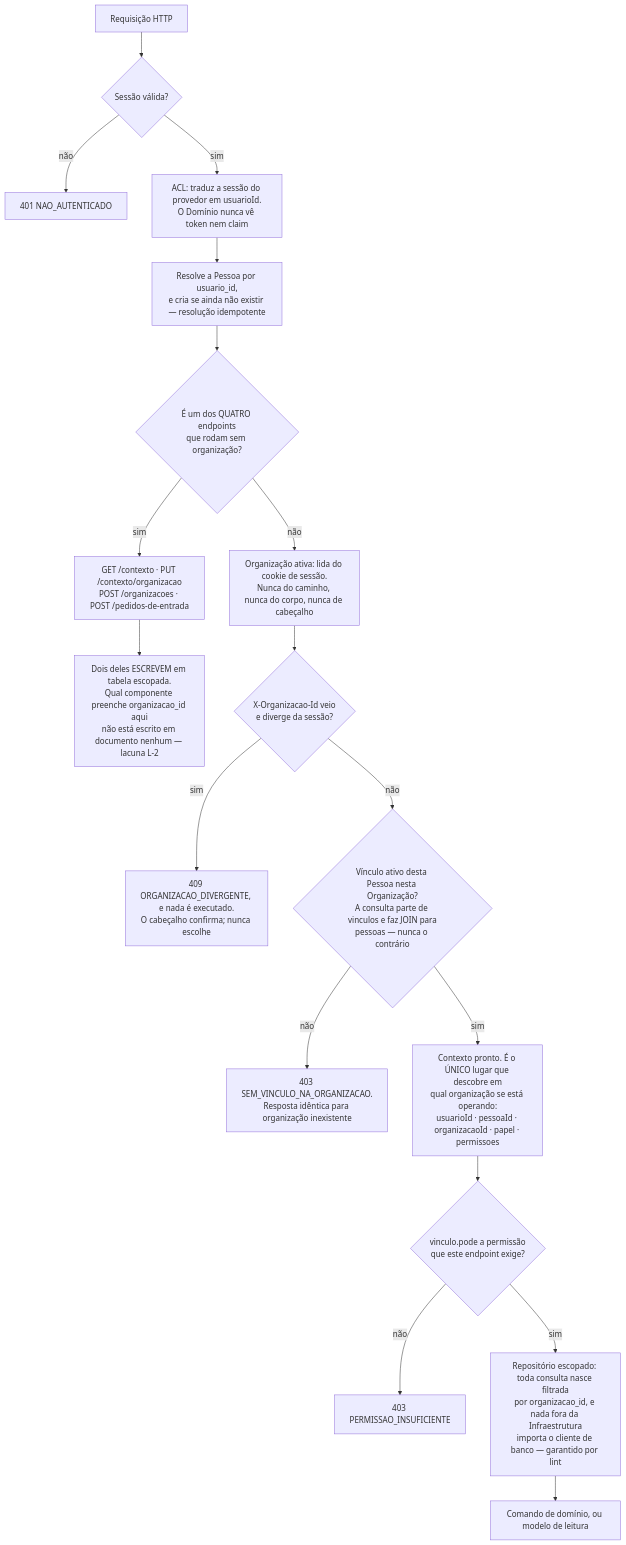
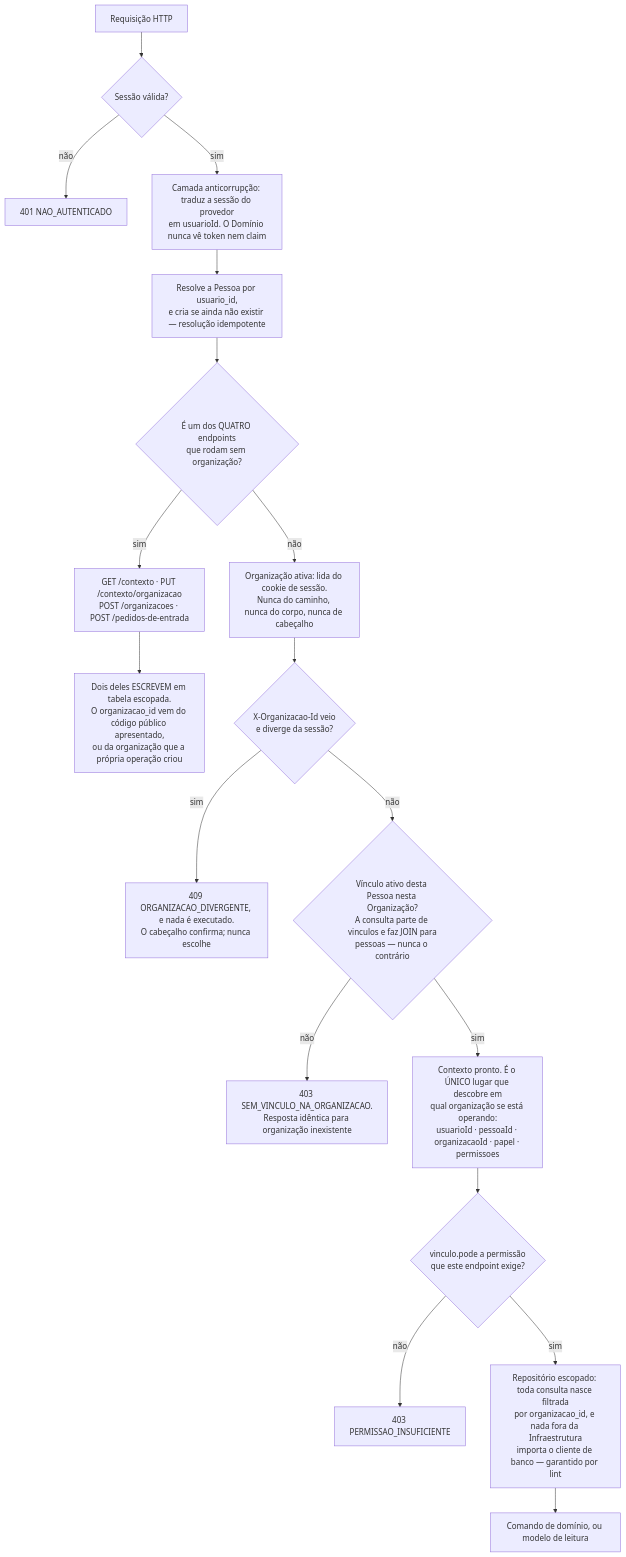
The second of 4 diagrams in docs/fluxos-e-diagramas.md (natanjunior/8FSDT-Hackathon), drawn with Mermaid before and after one commit. The commit also changed other lines of this file and 2 other files, not shown here.

````diff
--- a/docs/fluxos-e-diagramas.md
+++ b/docs/fluxos-e-diagramas.md
@@ -215,22 +191,22 @@
 ```mermaid
 flowchart TD
     REQ["Requisição HTTP"] --> AUT{"Sessão válida?"}
     AUT -->|"não"| E401["401 NAO_AUTENTICADO"]
-    AUT -->|"sim"| ACL["ACL: traduz a sessão do provedor em usuarioId.<br/>O Domínio nunca vê token nem claim"]
+    AUT -->|"sim"| ACL["Camada anticorrupção: traduz a sessão do provedor<br/>em usuarioId. O Domínio nunca vê token nem claim"]
     ACL --> PES["Resolve a Pessoa por usuario_id,<br/>e cria se ainda não existir — resolução idempotente"]
     PES --> LIV{"É um dos QUATRO endpoints<br/>que rodam sem organização?"}
 
     LIV -->|"sim"| FORA["GET /contexto · PUT /contexto/organizacao<br/>POST /organizacoes · POST /pedidos-de-entrada"]
-    FORA --> ESCR["Dois deles ESCREVEM em tabela escopada.<br/>Qual componente preenche organizacao_id aqui<br/>não está escrito em documento nenhum — lacuna L-2"]
+    FORA --> ESCR["Dois deles ESCREVEM em tabela escopada.<br/>O organizacao_id vem do código público apresentado,<br/>ou da organização que a própria operação criou"]
 
     LIV -->|"não"| ORG["Organização ativa: lida do cookie de sessão.<br/>Nunca do caminho, nunca do corpo, nunca de cabeçalho"]
     ORG --> CAB{"X-Organizacao-Id veio<br/>e diverge da sessão?"}
     CAB -->|"sim"| E409["409 ORGANIZACAO_DIVERGENTE, e nada é executado.<br/>O cabeçalho confirma; nunca escolhe"]
     CAB -->|"não"| VIN{"Vínculo ativo desta Pessoa nesta Organização?<br/>A consulta parte de vinculos e faz JOIN para<br/>pessoas — nunca o contrário"}
     VIN -->|"não"| E403["403 SEM_VINCULO_NA_ORGANIZACAO.<br/>Resposta idêntica para organização inexistente"]
     VIN -->|"sim"| CTX["Contexto pronto. É o ÚNICO lugar que descobre em<br/>qual organização se está operando:<br/>usuarioId · pessoaId · organizacaoId · papel · permissoes"]
     CTX --> PER{"vinculo.pode a permissão<br/>que este endpoint exige?"}
     PER -->|"não"| E403B["403 PERMISSAO_INSUFICIENTE"]
     PER -->|"sim"| REPO["Repositório escopado: toda consulta nasce filtrada<br/>por organizacao_id, e nada fora da Infraestrutura<br/>importa o cliente de banco — garantido por lint"]
     REPO --> USO["Comando de domínio, ou modelo de leitura"]
 ```
````
